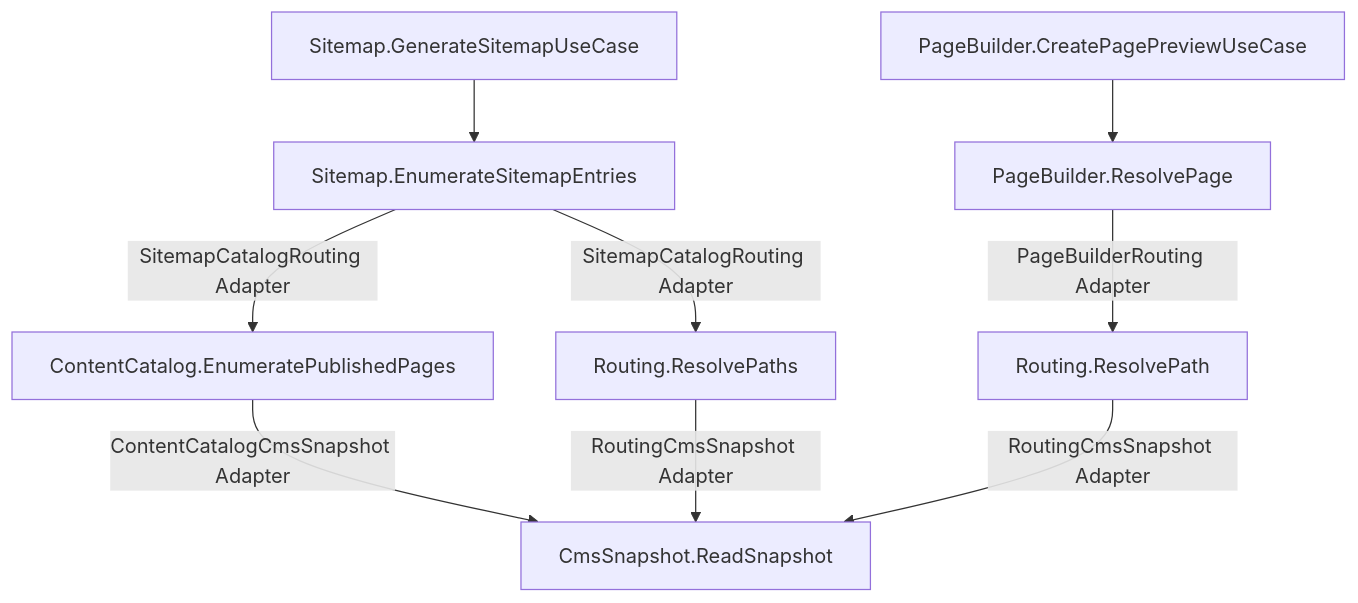
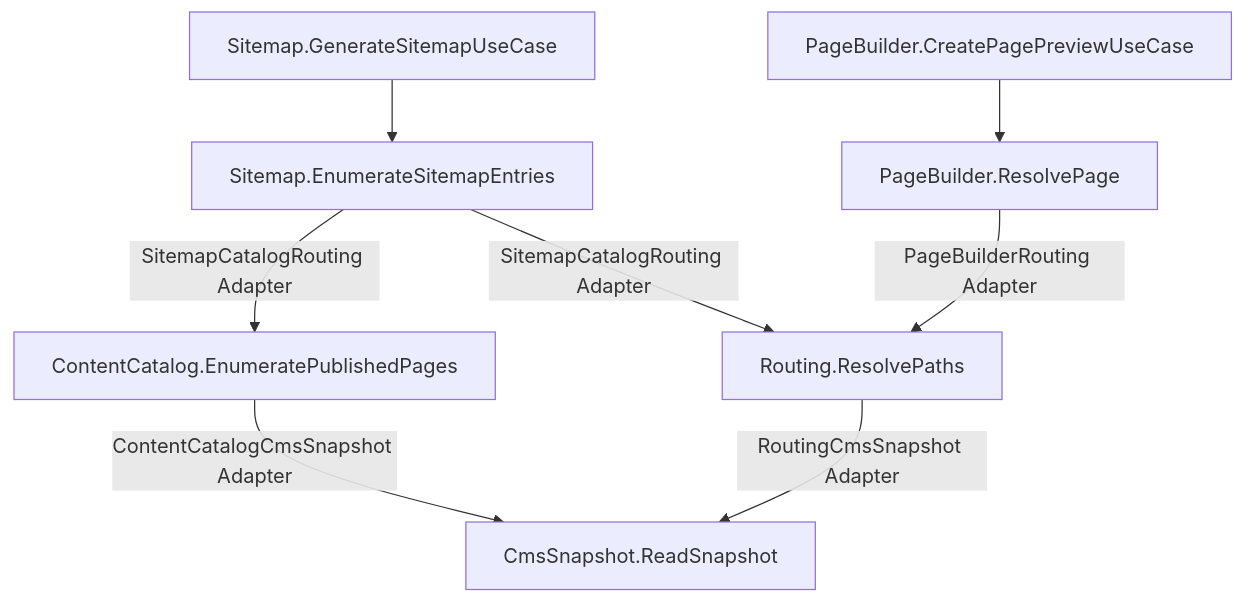
Before and after one commit to xndrjs/toolkit: the second of 2 diagrams in apps/xndrjs-documentation/src/content/docs/v0/application-architecture/forma/adapters-and-evolution.md, drawn with Mermaid. The commit also changed other lines of this file and 15 other files, not shown here.

````diff
--- a/apps/xndrjs-documentation/src/content/docs/v0/application-architecture/forma/adapters-and-evolution.md
+++ b/apps/xndrjs-documentation/src/content/docs/v0/application-architecture/forma/adapters-and-evolution.md
@@ -199,11 +199,10 @@
 ```mermaid
 flowchart TD
   SitemapGenerate[Sitemap.GenerateSitemapUseCase] --> SitemapEntries[Sitemap.EnumerateSitemapEntries]
   SitemapEntries -->|SitemapCatalogRouting Adapter| PublishedPages[ContentCatalog.EnumeratePublishedPages]
   SitemapEntries -->|SitemapCatalogRouting Adapter| RoutingPaths[Routing.ResolvePaths]
   Preview[PageBuilder.CreatePagePreviewUseCase] --> PageResolve[PageBuilder.ResolvePage]
-  PageResolve -->|PageBuilderRouting Adapter| RoutingResolve[Routing.ResolvePath]
+  PageResolve -->|PageBuilderRouting Adapter| RoutingPaths
   PublishedPages -->|ContentCatalogCmsSnapshot Adapter| Snapshot[CmsSnapshot.ReadSnapshot]
   RoutingPaths -->|RoutingCmsSnapshot Adapter| Snapshot
-  RoutingResolve -->|RoutingCmsSnapshot Adapter| Snapshot
 ```
````
